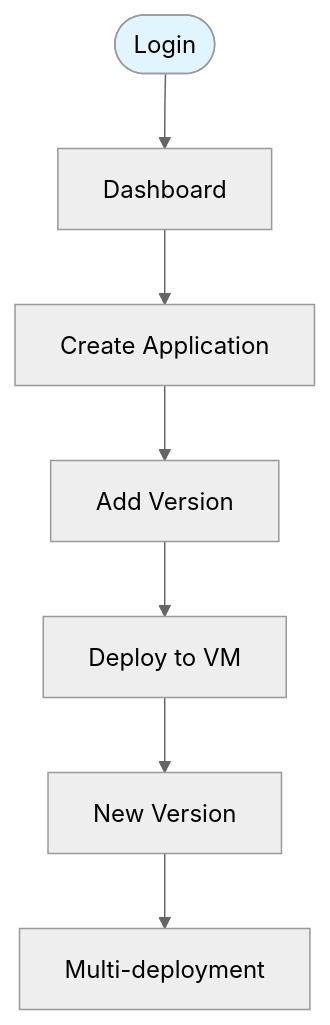
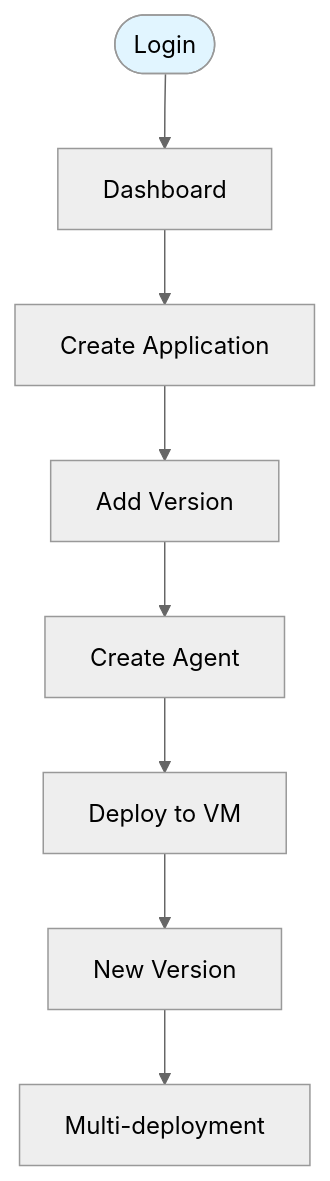
The third of 8 diagrams in docs/demo-video-script.md (AriesyuGTH/distr), drawn with Mermaid (neutral theme) before and after one commit.

````diff
--- a/docs/demo-video-script.md
+++ b/docs/demo-video-script.md
@@ -96,13 +96,14 @@
 ```mermaid
 flowchart TD
 
-    Login([Login]) --> V1
+    Login([Login]) --> Board1
 
-        V1[Dashboard] --> V2[Create Application]
-        V2 --> V3[Add Version]
-        V3 --> V4[Deploy to VM]
-        V4 --> V5[New Version]
+        Board1[Dashboard] --> A1[Create Application]
+        A1 --> A2[Add Version]
+        A2 --> D1[Create Agent]
+        D1 --> D2[Deploy to VM]
+        D2 --> V5[New Version]
         V5 --> V6[Multi-deployment]
 
     style Login fill:#e1f5ff
 ```
````
